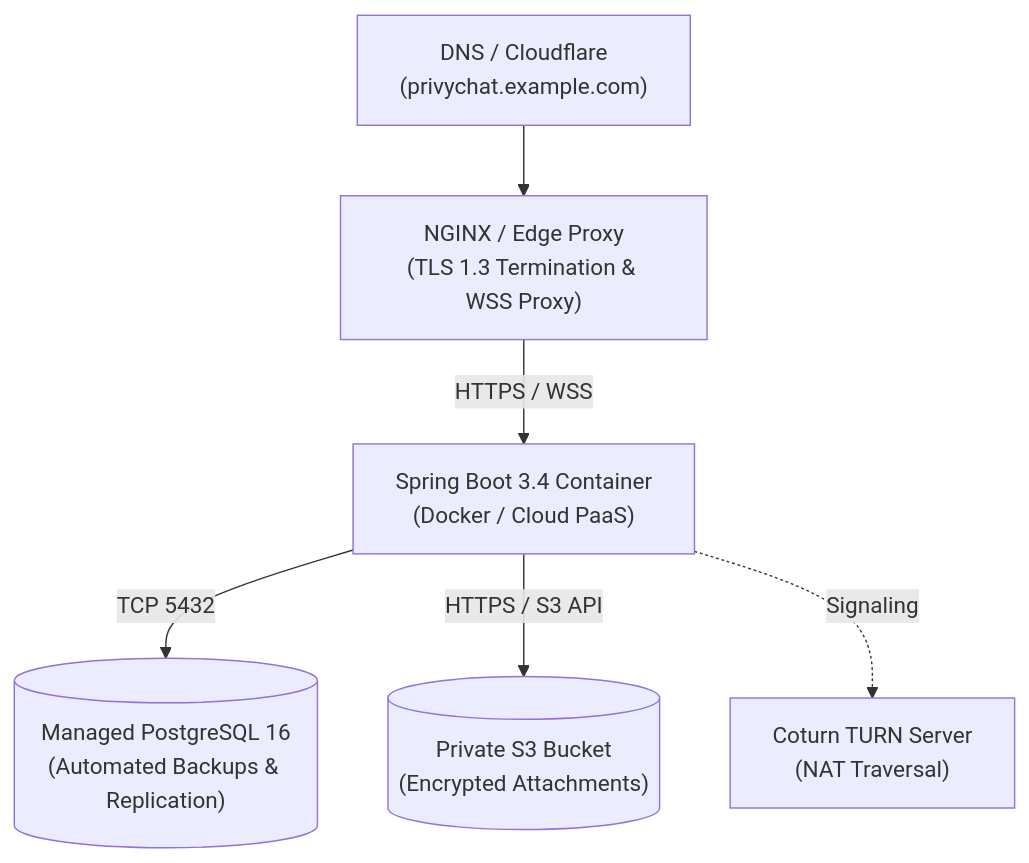
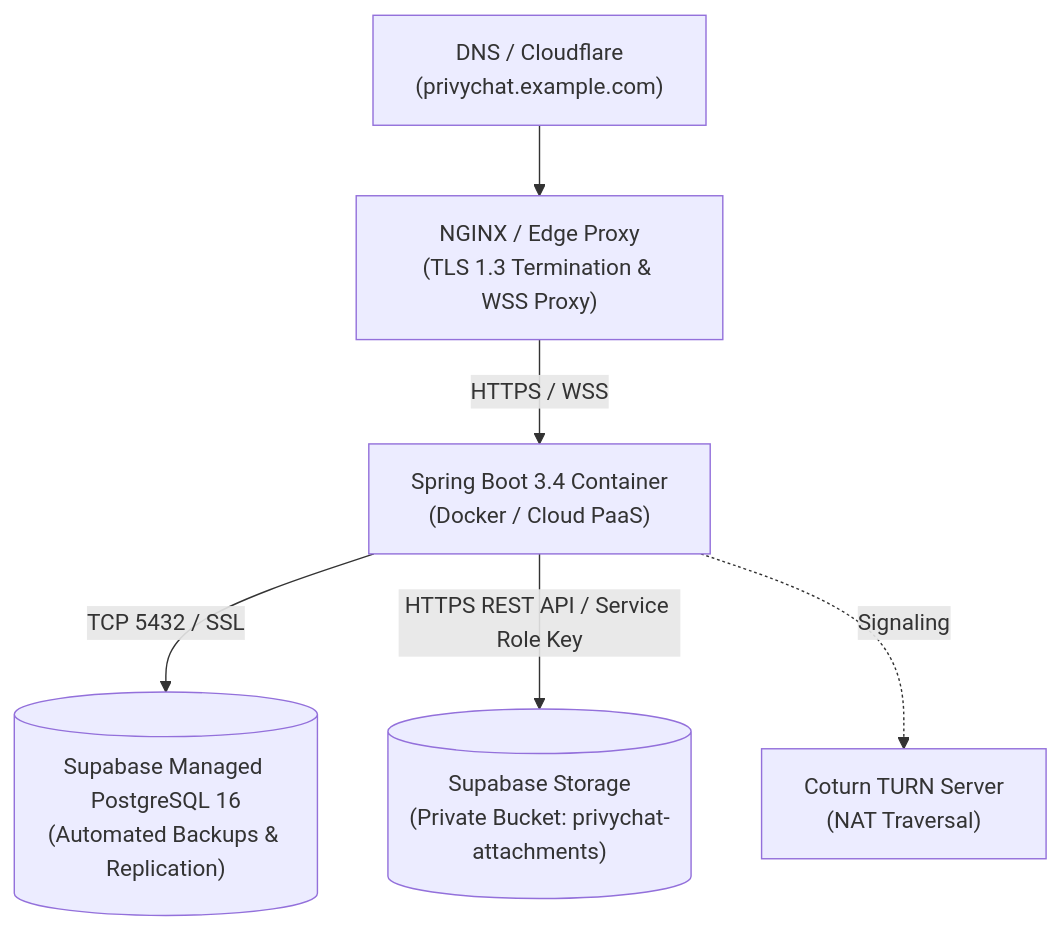
Before and after one commit to Gowtham-gangster/PrivacyChat-App: the diagram in docs/DEPLOYMENT.md, drawn with Mermaid. The commit also changed other lines of this file and 20 other files, not shown here.

Commit message:
feat: integrate Supabase Storage for private encrypted attachments and authorize conversation participants

````diff
--- a/docs/DEPLOYMENT.md
+++ b/docs/DEPLOYMENT.md
@@ -5,15 +5,15 @@
 ```mermaid
 flowchart TD
     DNS["DNS / Cloudflare\n(privychat.example.com)"]
     LB["NGINX / Edge Proxy\n(TLS 1.3 Termination & WSS Proxy)"]
     App["Spring Boot 3.4 Container\n(Docker / Cloud PaaS)"]
-    DB[("Managed PostgreSQL 16\n(Automated Backups & Replication)")]
-    S3[("Private S3 Bucket\n(Encrypted Attachments)")]
+    DB[("Supabase Managed PostgreSQL 16\n(Automated Backups & Replication)")]
+    Storage[("Supabase Storage\n(Private Bucket: privychat-attachments)")]
     TURN["Coturn TURN Server\n(NAT Traversal)"]
 
     DNS --> LB
     LB -->|HTTPS / WSS| App
-    App -->|TCP 5432| DB
-    App -->|HTTPS / S3 API| S3
+    App -->|TCP 5432 / SSL| DB
+    App -->|HTTPS REST API / Service Role Key| Storage
     App -. Signaling .-> TURN
 ```
````
